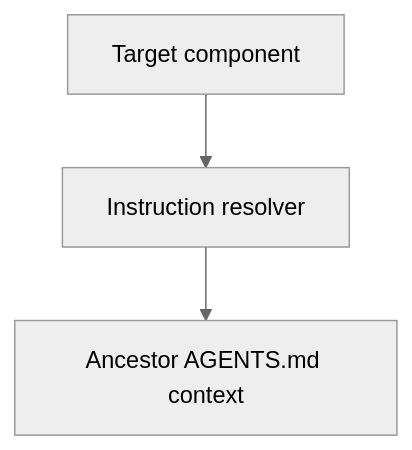
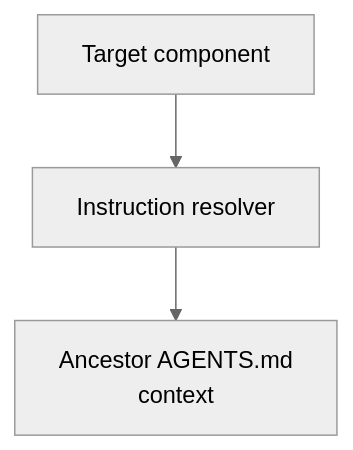
Before and after one commit to abstract-business-systems/as-is: the diagram in components/instruction-context/as-is.md, drawn with Mermaid (neutral theme). The commit also changed 47 other files, not shown here.

Commit message:
docs(diagrams): improve Mermaid readability validation

````diff
--- a/components/instruction-context/as-is.md
+++ b/components/instruction-context/as-is.md
@@ -19,5 +19,5 @@
 ```mermaid
 flowchart TD
     A["Target component"] --> B["Instruction resolver"]
-    B --> C["Ancestor AGENTS.md context"]
+    B --> C["Ancestor AGENTS.md<br/>context"]
 ```
````
